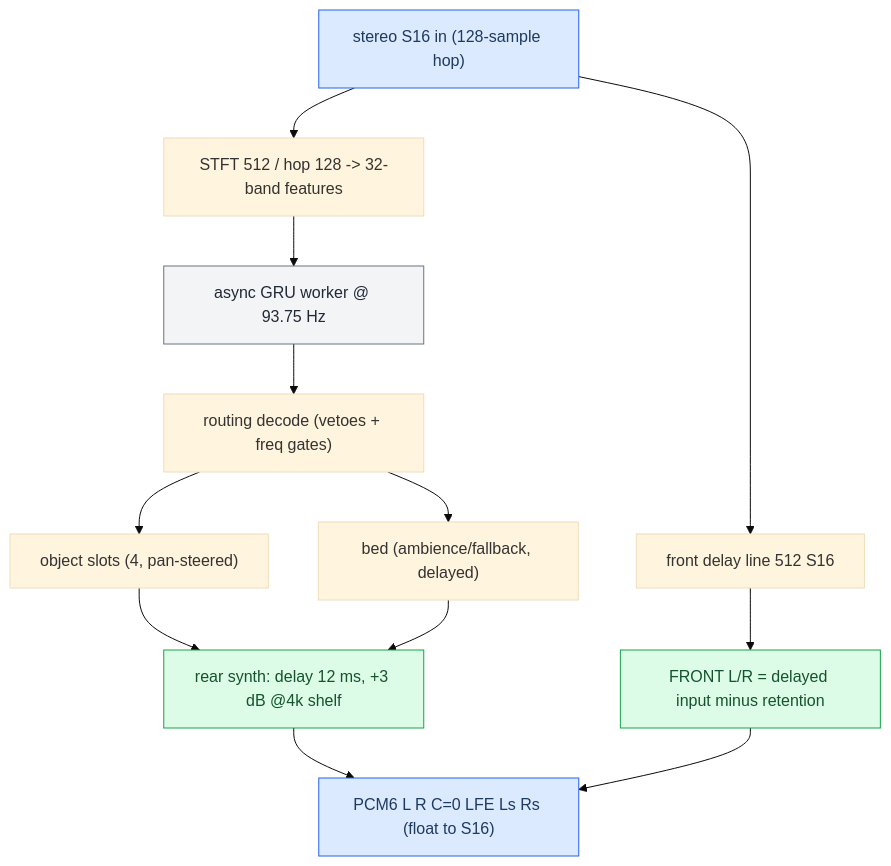
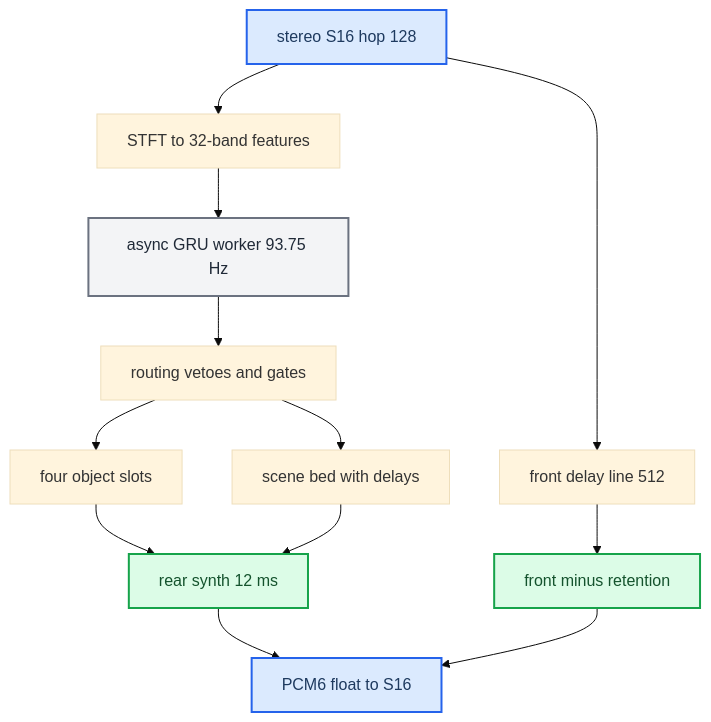
Before and after one commit to luka-dev/mib2q-carplay-rgi: the third of 3 diagrams in docs-obsidian/Audio/Stereo to 5.1 Upmix.md, drawn with Mermaid (base theme). The commit also changed other lines of this file and 43 other files, not shown here.

````diff
--- a/docs-obsidian/Audio/Stereo to 5.1 Upmix.md
+++ b/docs-obsidian/Audio/Stereo to 5.1 Upmix.md
@@ -85,27 +98,27 @@
 ```mermaid
 flowchart TB
   accTitle: HSSR per-hop signal flow
   accDescr: One 128-sample hop splits into a bit-exact delayed front and an STFT feature path driving a GRU controller, routing, objects and bed, then rear synthesis and the PCM6 output.
-  inp["stereo S16 in (128-sample hop)"]
-  delay["front delay line 512 S16"]
-  stft["STFT 512 / hop 128 -> 32-band features"]
-  gru["async GRU worker @ 93.75 Hz"]
-  route["routing decode (vetoes + freq gates)"]
-  obj["object slots (4, pan-steered)"]
-  bed["bed (ambience/fallback, delayed)"]
-  rear["rear synth: delay 12 ms, +3 dB @4k shelf"]
-  front["FRONT L/R = delayed input minus retention"]
-  out["PCM6 L R C=0 LFE Ls Rs (float to S16)"]
-  inp --> delay --> front
-  inp --> stft --> gru --> route
-  route --> obj --> rear
-  route --> bed --> rear
-  rear --> out
-  front --> out
-  class inp,out primary
-  class rear,front success
-  class gru neutral
-  classDef primary fill:#dbeafe,stroke:#2563eb,color:#1e3a5f
-  classDef success fill:#dcfce7,stroke:#16a34a,color:#14532d
-  classDef neutral fill:#f3f4f6,stroke:#6b7280,color:#1f2937
+  stereo_in["stereo S16 hop 128"]
+  front_delay["front delay line 512"]
+  stft_features["STFT to 32-band features"]
+  gru_worker["async GRU worker 93.75 Hz"]
+  routing_decode["routing vetoes and gates"]
+  object_slots["four object slots"]
+  scene_bed["scene bed with delays"]
+  rear_synth["rear synth 12 ms"]
+  front_out["front minus retention"]
+  pcm6_out["PCM6 float to S16"]
+  stereo_in --> front_delay --> front_out
+  stereo_in --> stft_features --> gru_worker --> routing_decode
+  routing_decode --> object_slots --> rear_synth
+  routing_decode --> scene_bed --> rear_synth
+  rear_synth --> pcm6_out
+  front_out --> pcm6_out
+  classDef primary fill:#dbeafe,stroke:#2563eb,stroke-width:2px,color:#1e3a5f
+  classDef success fill:#dcfce7,stroke:#16a34a,stroke-width:2px,color:#14532d
+  classDef neutral fill:#f3f4f6,stroke:#6b7280,stroke-width:2px,color:#1f2937
+  class stereo_in,pcm6_out primary
+  class rear_synth,front_out success
+  class gru_worker neutral
 ```
````
